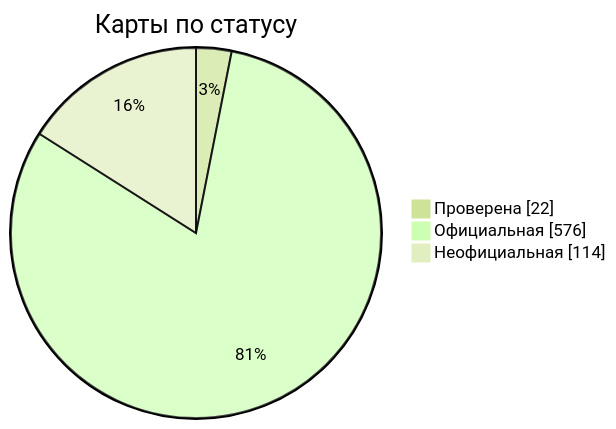
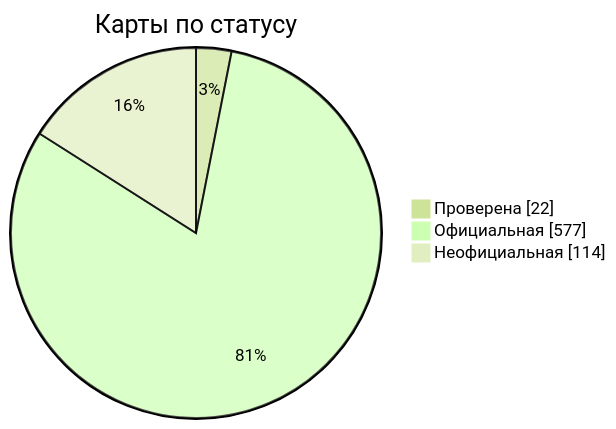
The diagram in docs/readme/README_RU.md (nobrega8/mbmap-library), drawn with Mermaid (forest theme) before and after one commit. The commit also changed 6 other files, not shown here.

````diff
--- a/docs/readme/README_RU.md
+++ b/docs/readme/README_RU.md
@@ -54,7 +54,7 @@
 ```mermaid
 pie showData
     title Карты по статусу
     "Проверена" : 22
-    "Официальная" : 576
+    "Официальная" : 577
     "Неофициальная" : 114
 ```
````
